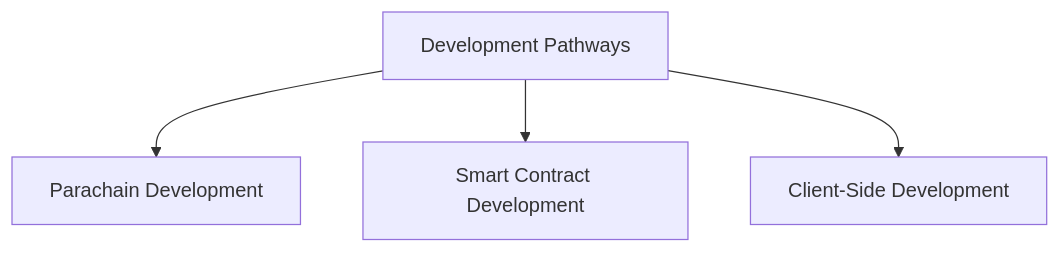
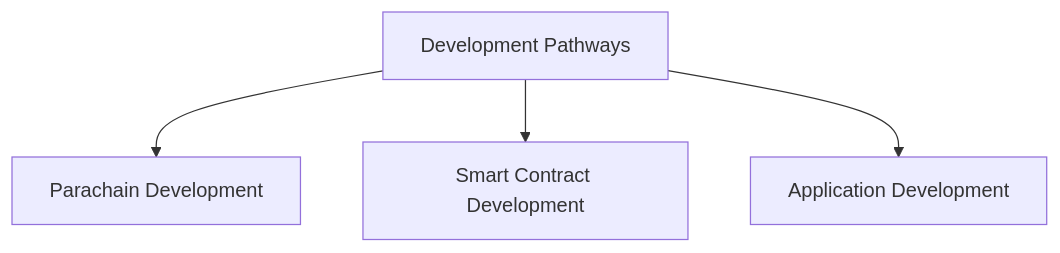
One commit to polkadot-developers/polkadot-docs changed the diagram in develop/index.md. Above: the diagram before and after it, drawn with Mermaid. The commit also changed other lines of this file, not shown here.

Commit message:
updates Pathway name to use Application Developers consistently on this page

````diff
--- a/develop/index.md
+++ b/develop/index.md
@@ -31,7 +31,7 @@
 ```mermaid
 graph TD
     A[Development Pathways]
     A --> B[Parachain Development]
     A --> C[Smart Contract Development]
-    A --> D[Client-Side Development]
+    A --> D[Application Development]
 ```
````
